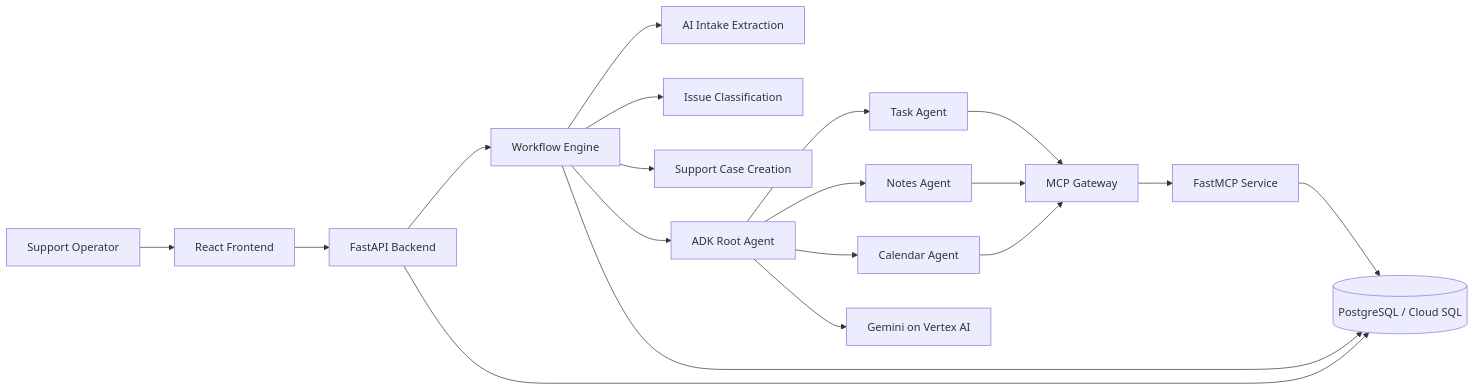
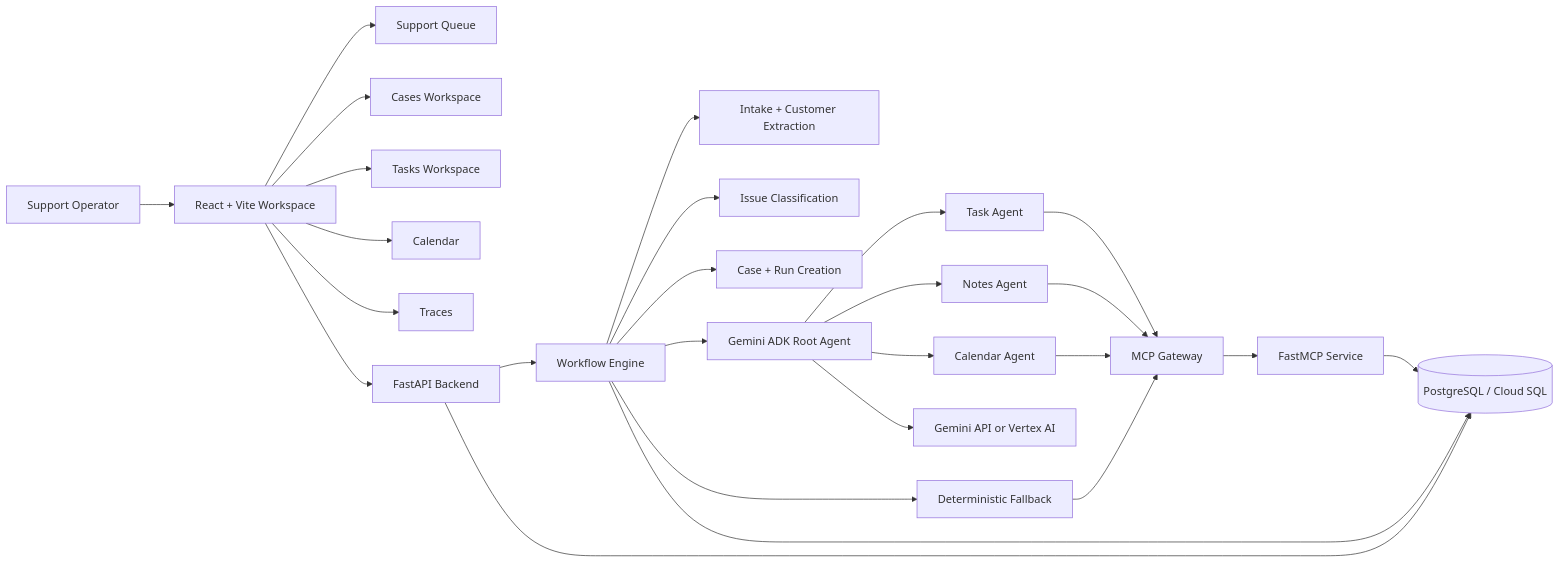
The diagram in diagrams/architecture.mmd (proflead/ticketflow-agent), drawn with Mermaid before and after one commit. The commit also changed 7 other files, not shown here.

Commit message:
Update workspace docs and tasks page

```diff
--- a/diagrams/architecture.mmd
+++ b/diagrams/architecture.mmd
@@ -1,24 +1,32 @@
 flowchart LR
-    A[Support Operator] --> B[React Frontend]
+    A[Support Operator] --> B[React + Vite Workspace]
+
+    B --> B1[Support Queue]
+    B --> B2[Cases Workspace]
+    B --> B3[Tasks Workspace]
+    B --> B4[Calendar]
+    B --> B5[Traces]
 
     B --> C[FastAPI Backend]
     C --> D[Workflow Engine]
-    D --> E[AI Intake Extraction]
+    D --> E[Intake + Customer Extraction]
     D --> F[Issue Classification]
-    D --> G[Support Case Creation]
+    D --> G[Case + Run Creation]
 
-    D --> H[ADK Root Agent]
+    D --> H[Gemini ADK Root Agent]
     H --> H1[Task Agent]
     H --> H2[Notes Agent]
     H --> H3[Calendar Agent]
 
     H1 --> I[MCP Gateway]
     H2 --> I
     H3 --> I
 
     I --> J[FastMCP Service]
     J --> K[(PostgreSQL / Cloud SQL)]
 
+    D --> M[Deterministic Fallback]
+    M --> I
     D --> K
     C --> K
-    H --> L[Gemini on Vertex AI]
+    H --> L[Gemini API or Vertex AI]
```
